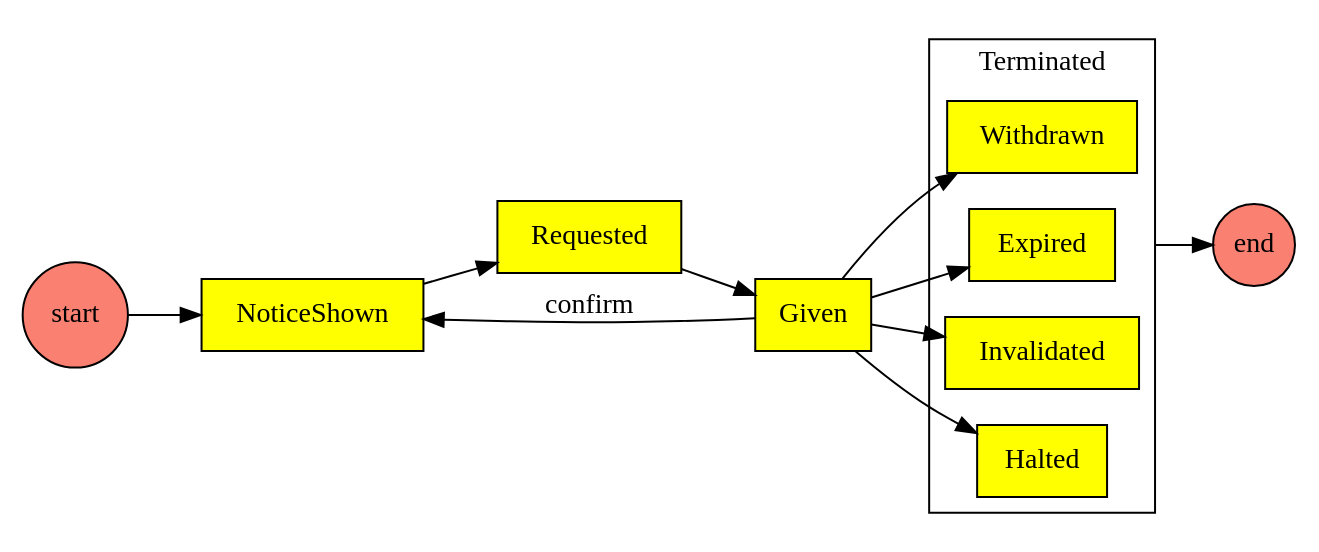
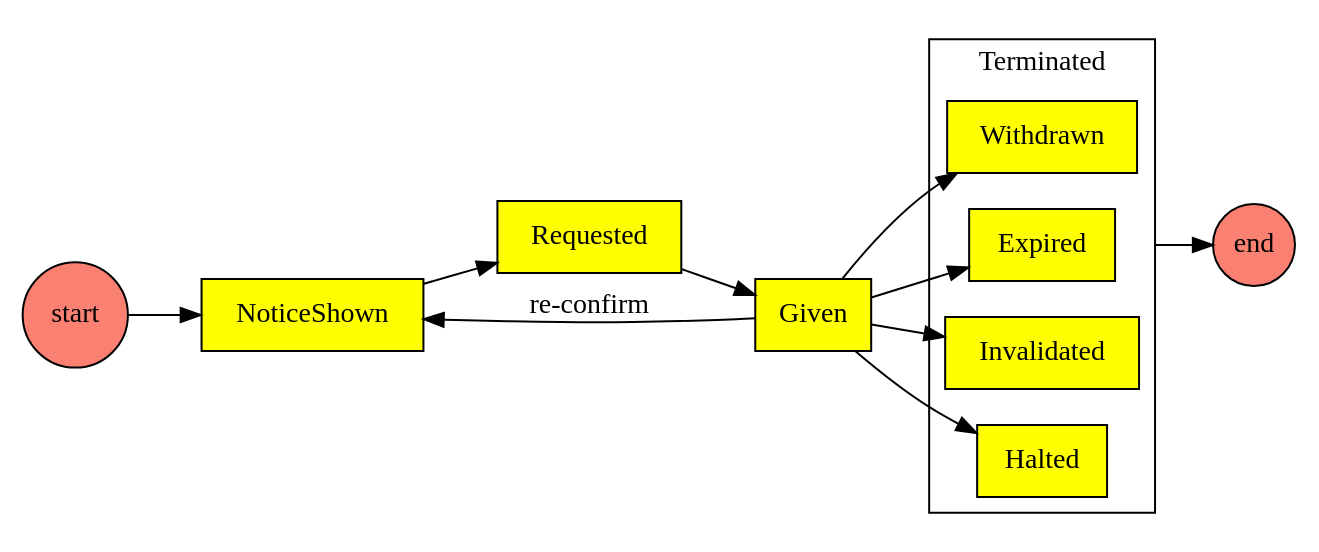
One commit to coolharsh55/dpv-consent-record changed the diagram in lifecycle.dot. Above: the diagram before and after it, drawn with Graphviz. The commit also changed 1 other file, not shown here.

Commit message:
updated lifecycle diagram with re-confirm

```diff
--- a/lifecycle.dot
+++ b/lifecycle.dot
@@ -1,12 +1,12 @@
 digraph G {
     rankdir=LR ; compound=true ;
     node [shape=rect,style=filled,fillcolor=yellow] ;
     start,end [shape=circle,fillcolor=salmon,width=0.1,height=0.1,margin=0.01]
     start -> NoticeShown -> Requested -> Given -> Withdrawn, Expired, Invalidated, Halted ;
     subgraph cluster_T {
         label="Terminated"
         Withdrawn, Expired, Invalidated, Halted ;
     }
     Expired -> end [ltail=cluster_T] ;
-    Given -> NoticeShown [label="confirm"] ;
+    Given -> NoticeShown [label="re-confirm"] ;
 }
```
